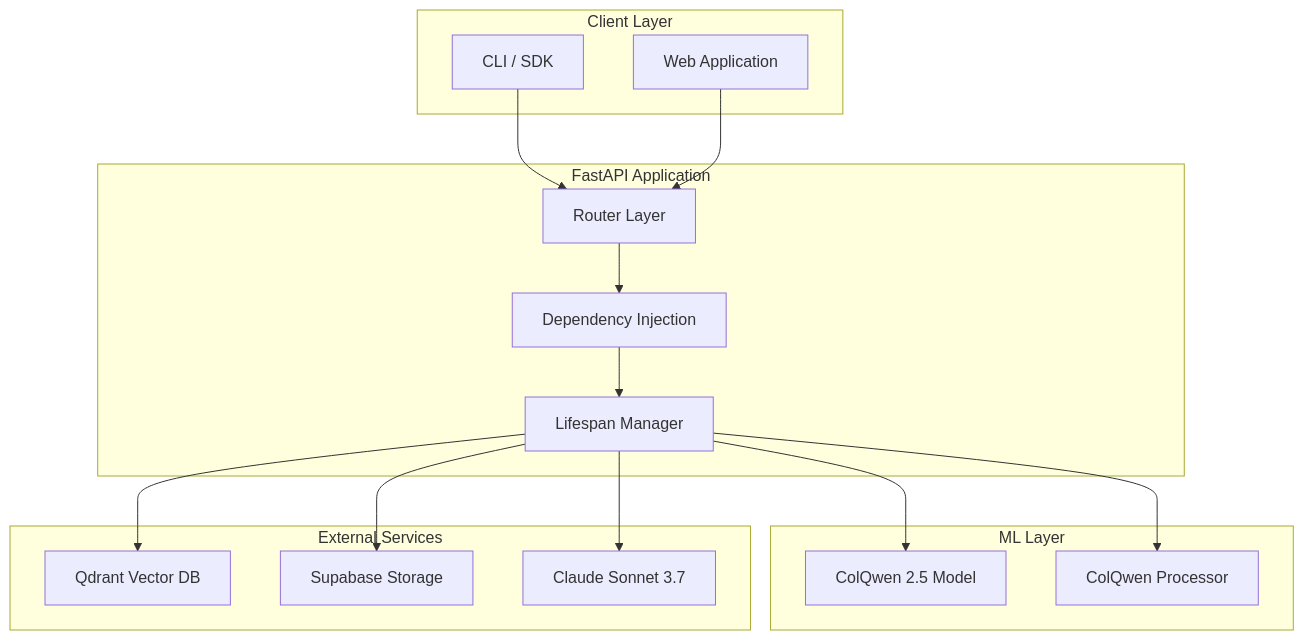
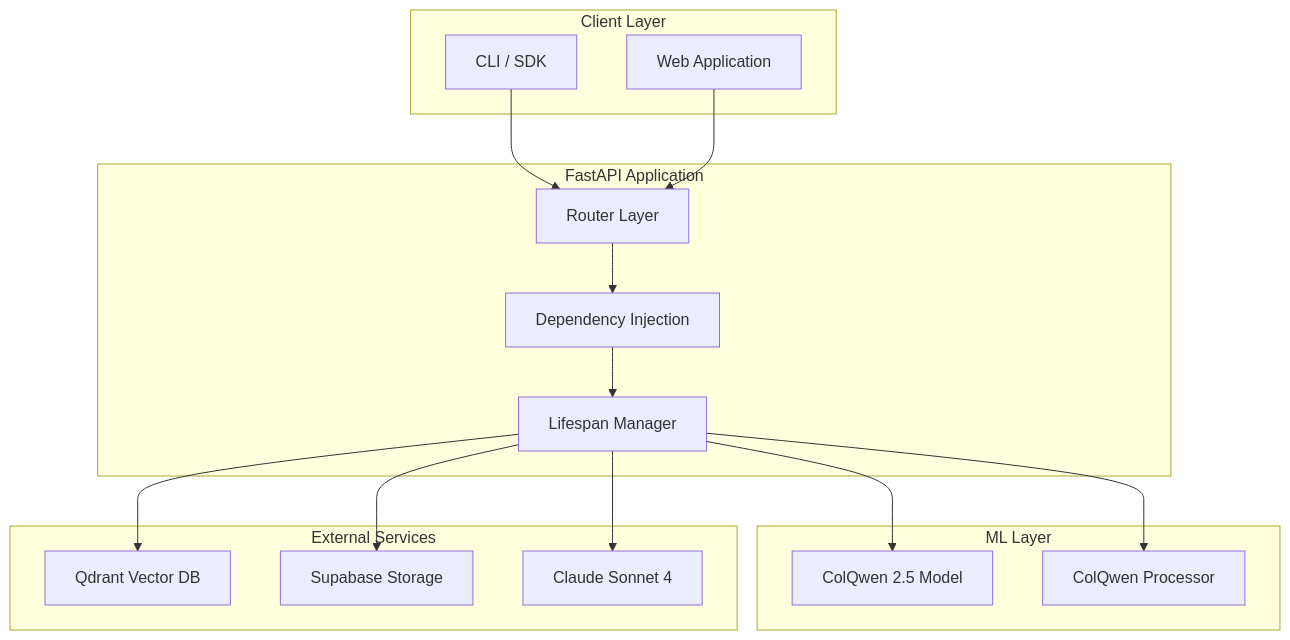
One commit to akosgintl/colpali-rag-app changed the first of 8 diagrams in docs/architecture.md. Above: the diagram before and after it, drawn with Mermaid. The commit also changed other lines of this file and 42 other files, not shown here.

````diff
--- a/docs/architecture.md
+++ b/docs/architecture.md
@@ -7,34 +7,34 @@
 ```mermaid
 graph TB
     subgraph Client["Client Layer"]
         CLI["CLI / SDK"]
         Web["Web Application"]
     end
 
     subgraph API["FastAPI Application"]
         Router["Router Layer"]
         Deps["Dependency Injection"]
         Lifespan["Lifespan Manager"]
     end
 
     subgraph ML["ML Layer"]
         ColQwen["ColQwen 2.5 Model"]
         Processor["ColQwen Processor"]
     end
 
     subgraph External["External Services"]
         Qdrant["Qdrant Vector DB"]
         Supabase["Supabase Storage"]
-        Anthropic["Claude Sonnet 3.7"]
+        Anthropic["Claude Sonnet 4"]
     end
 
     CLI --> Router
     Web --> Router
     Router --> Deps
     Deps --> Lifespan
     Lifespan --> ColQwen
     Lifespan --> Processor
     Lifespan --> Qdrant
     Lifespan --> Supabase
     Lifespan --> Anthropic
 ```
````
